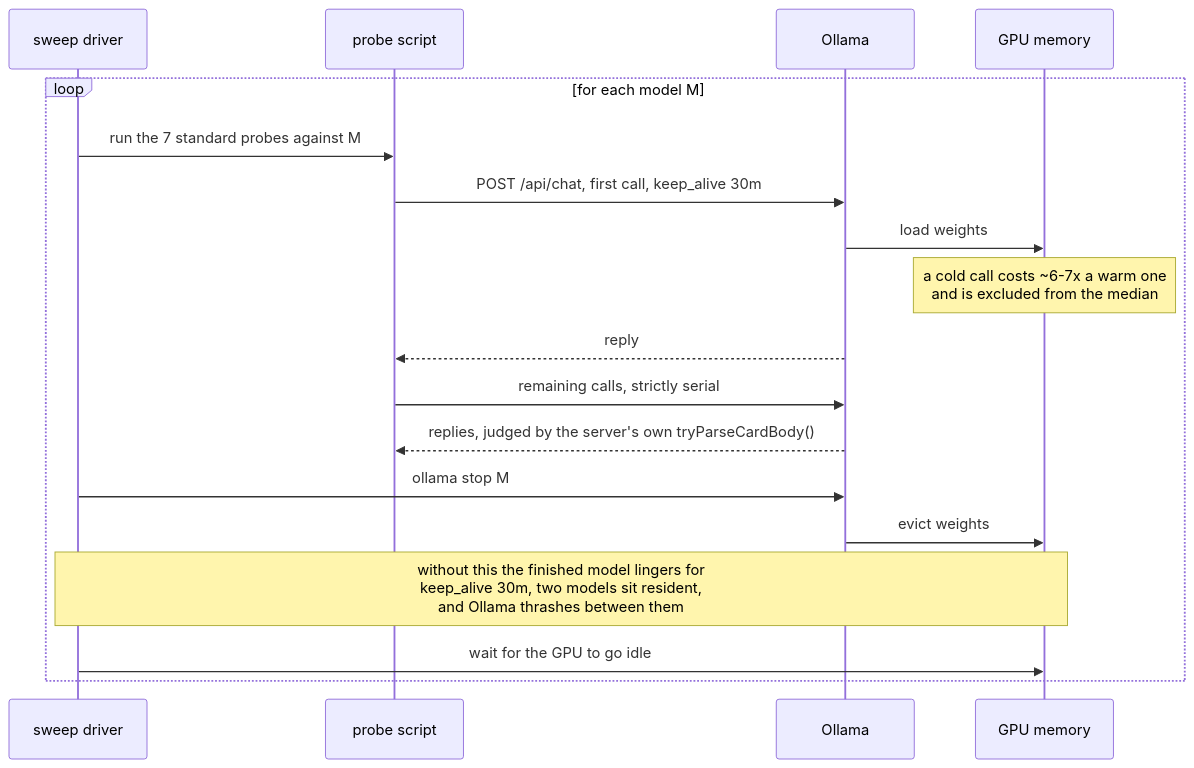
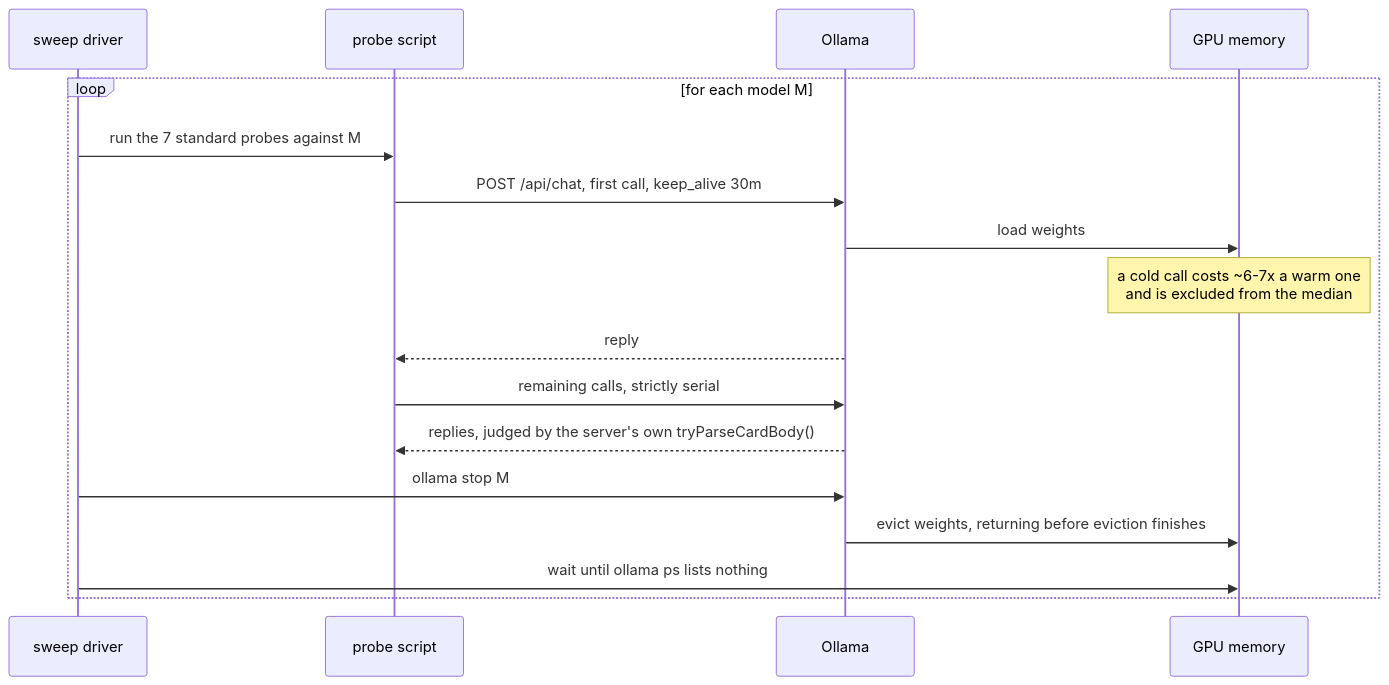
Before and after one commit to freemansoft/Flutter-AdaptiveCards: the first of 3 diagrams in adaptive_chat_server_dart/blog/article-5-measurement-hygiene-draft.md, drawn with Mermaid. The commit also changed other lines of this file and 3 other files, not shown here.

````diff
--- a/adaptive_chat_server_dart/blog/article-5-measurement-hygiene-draft.md
+++ b/adaptive_chat_server_dart/blog/article-5-measurement-hygiene-draft.md
@@ -27,21 +92,20 @@
 ```mermaid
 sequenceDiagram
   participant D as sweep driver
   participant P as probe script
   participant O as Ollama
   participant V as GPU memory
 
   loop for each model M
     D->>P: run the 7 standard probes against M
     P->>O: POST /api/chat, first call, keep_alive 30m
     O->>V: load weights
     Note over V: a cold call costs ~6-7x a warm one<br/>and is excluded from the median
     O-->>P: reply
     P->>O: remaining calls, strictly serial
     O-->>P: replies, judged by the server's own tryParseCardBody()
     D->>O: ollama stop M
-    O->>V: evict weights
-    Note over D,V: without this the finished model lingers for<br/>keep_alive 30m, two models sit resident,<br/>and Ollama thrashes between them
-    D->>V: wait for the GPU to go idle
+    O->>V: evict weights, returning before eviction finishes
+    D->>V: wait until ollama ps lists nothing
   end
 ```
````
